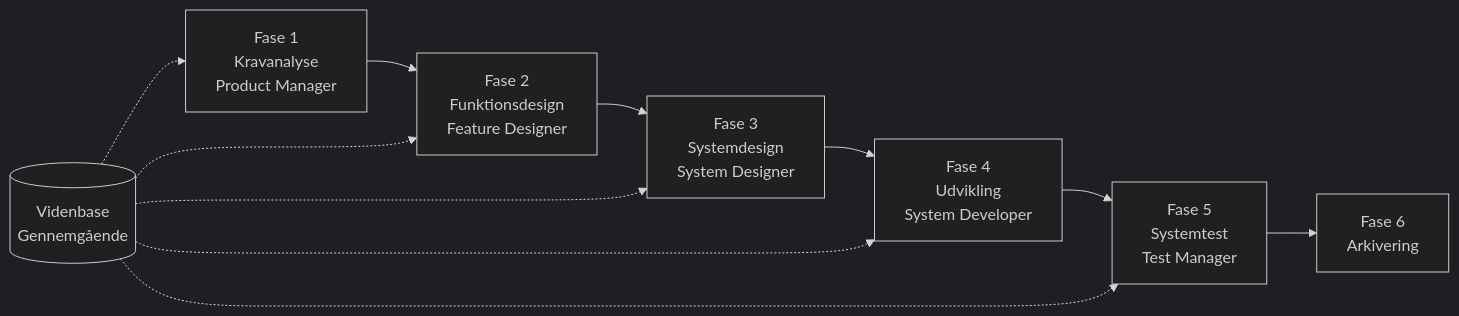
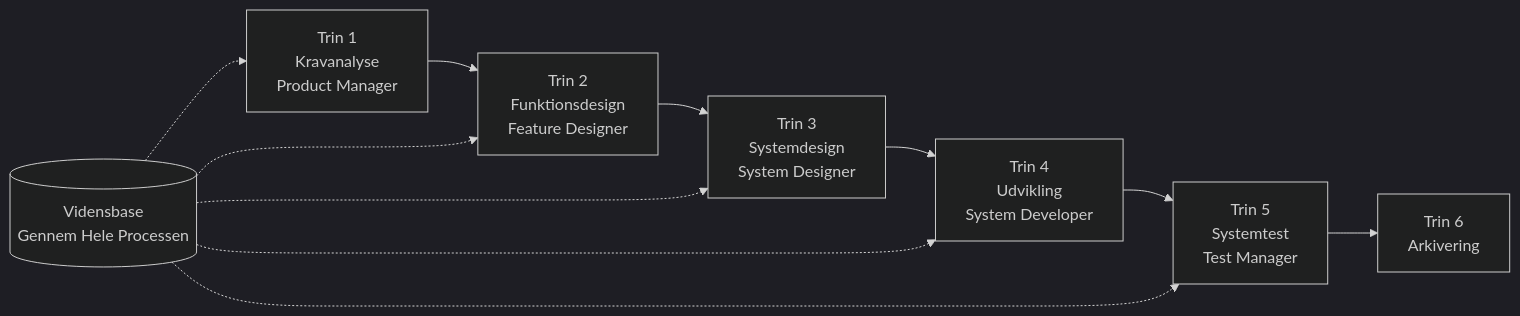
The diagram in docs/GETTING-STARTED.da.md (charlesmu99/speccrew), drawn with Mermaid (dark theme) before and after one commit. The commit also changed other lines of this file and 32 other files, not shown here.

Commit message:
feat(system-developer): optimize Agent definition and split desktop/review Skills

````diff
--- a/docs/GETTING-STARTED.da.md
+++ b/docs/GETTING-STARTED.da.md
@@ -69,14 +144,14 @@
 ```mermaid
 flowchart LR
-    PRD[Fase 1<br/>Kravanalyse<br/>Product Manager] --> FD[Fase 2<br/>Funktionsdesign<br/>Feature Designer]
-    FD --> SD[Fase 3<br/>Systemdesign<br/>System Designer]
-    SD --> DEV[Fase 4<br/>Udvikling<br/>System Developer]
-    DEV --> TEST[Fase 5<br/>Systemtest<br/>Test Manager]
-    TEST --> ARCHIVE[Fase 6<br/>Arkivering]
+    PRD[Trin 1<br/>Kravanalyse<br/>Product Manager] --> FD[Trin 2<br/>Funktionsdesign<br/>Feature Designer]
+    FD --> SD[Trin 3<br/>Systemdesign<br/>System Designer]
+    SD --> DEV[Trin 4<br/>Udvikling<br/>System Developer]
+    DEV --> TEST[Trin 5<br/>Systemtest<br/>Test Manager]
+    TEST --> ARCHIVE[Trin 6<br/>Arkivering]
     
-    KB[(Videnbase<br/>Gennemgående)] -.-> PRD
+    KB[(Vidensbase<br/>Gennem Hele Processen)] -.-> PRD
     KB -.-> FD
     KB -.-> SD
     KB -.-> DEV
     KB -.-> TEST
 ```
````
